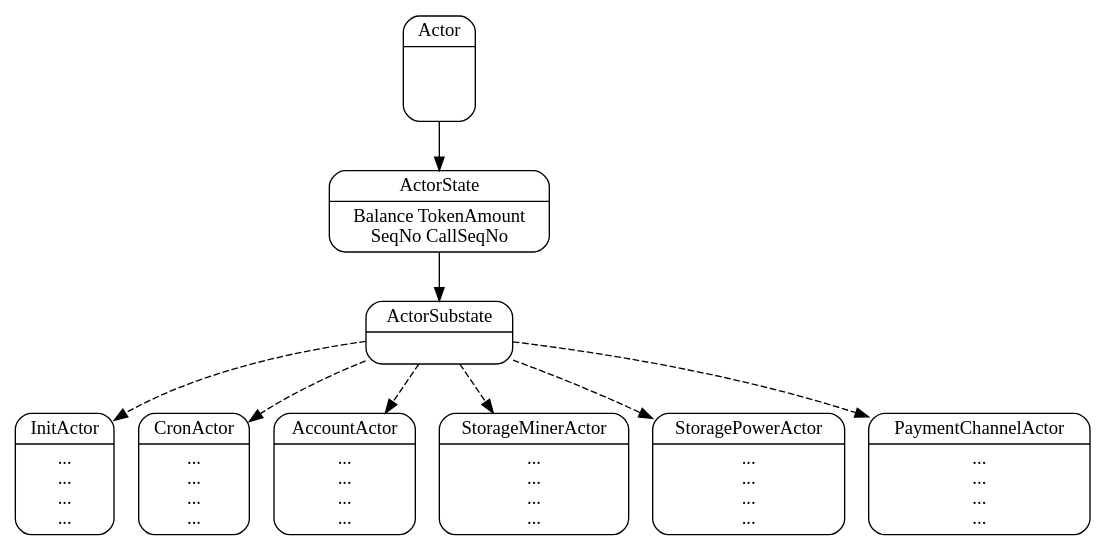
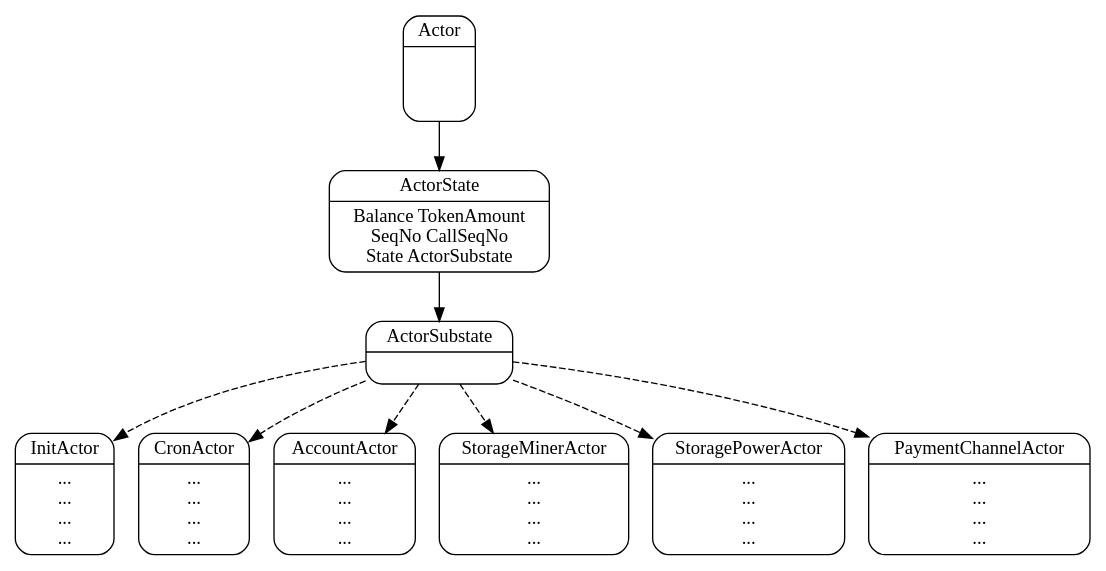
Before and after one commit to filecoin-project/specs: the diagram in diagrams/actors/actors1.dot, drawn with Graphviz. The commit also changed 2 other files, not shown here.

Commit message:
actor diagram

```diff
--- a/diagrams/actors/actors1.dot
+++ b/diagrams/actors/actors1.dot
@@ -1,33 +1,33 @@
 
 digraph Actors {
     node [fontname = "monaco"]
     edge [fontname = "monaco"]
 
 
     Actor           [label="{<f0> Actor      |<f1> \n\n\n}" shape=Mrecord];
-    ActorState      [label="{<f0> ActorState |<f1> Balance TokenAmount\n SeqNo CallSeqNo\n}" shape=Mrecord];
+    ActorState      [label="{<f0> ActorState |<f1> Balance TokenAmount\n SeqNo CallSeqNo\nState ActorSubstate}" shape=Mrecord];
     ActorSubstate      [label="{<f0> ActorSubstate |<f1>\n}" shape=Mrecord];
 
 
     // SystemActors
     InitActorState           [label="{<f0> InitActor           |<f1> ...\n...\n...\n...}" shape=Mrecord];
     CronActorState           [label="{<f0> CronActor           |<f1> ...\n...\n...\n...}" shape=Mrecord];
     AccountActorState        [label="{<f0> AccountActor        |<f1> ...\n...\n...\n...}" shape=Mrecord];
     StorageMinerActorState   [label="{<f0> StorageMinerActor   |<f1> ...\n...\n...\n...}" shape=Mrecord];
     StoragePowerActorState   [label="{<f0> StoragePowerActor   |<f1> ...\n...\n...\n...}" shape=Mrecord];
     PaymentChannelActorState [label="{<f0> PaymentChannelActor |<f1> ...\n...\n...\n...}" shape=Mrecord];
 
     { // isa
       edge [style=dashed]
       ActorSubstate -> InitActorState
       ActorSubstate -> CronActorState
       ActorSubstate -> AccountActorState
       ActorSubstate -> StorageMinerActorState
       ActorSubstate -> StoragePowerActorState
       ActorSubstate -> PaymentChannelActorState
     }
 
     { // hasa
       Actor -> ActorState -> ActorSubstate
     }
 }
```
